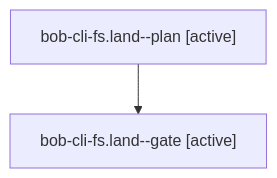
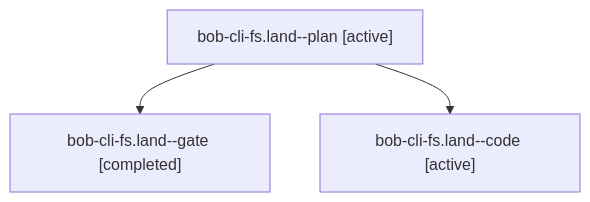
One commit to bobs-org/bob-cli--agents changed the diagram in sessions/bbugyi200.athena.bob-cli-fs.land.md. Above: the diagram before and after it, drawn with Mermaid. The commit also changed other lines of this file and 123 other files, not shown here.

````diff
--- a/sessions/bbugyi200.athena.bob-cli-fs.land.md
+++ b/sessions/bbugyi200.athena.bob-cli-fs.land.md
@@ -9,6 +9,8 @@
 ```mermaid
 flowchart TD
   n0["bob-cli-fs.land--plan [active]"]
-  n1["bob-cli-fs.land--gate [active]"]
+  n1["bob-cli-fs.land--gate [completed]"]
   n0 --> n1
+  n2["bob-cli-fs.land--code [active]"]
+  n0 --> n2
 ```
````
